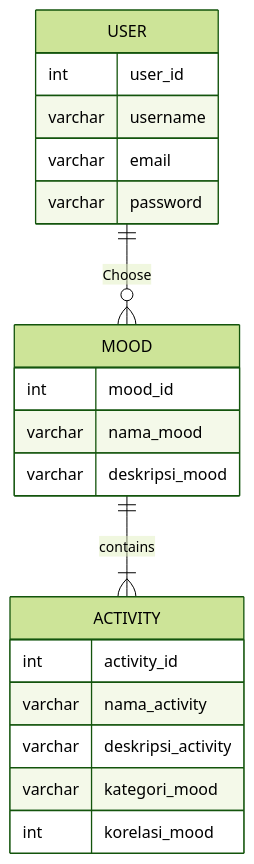
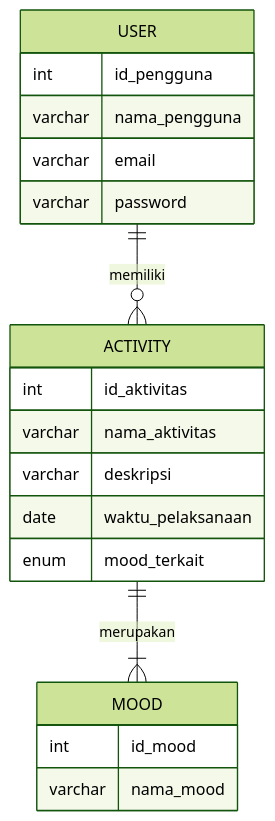
One commit to WigunaIlham/Pengenalan-Informatika changed the first of 2 diagrams in TimeVibe's.md. Above: the diagram before and after it, drawn with Mermaid (forest theme). The commit also changed other lines of this file, not shown here.

````diff
--- a/TimeVibe's.md
+++ b/TimeVibe's.md
@@ -70,24 +165,24 @@
 ```mermaid
-    erDiagram
-        USER ||--o{ MOOD : Choose
-        USER {
-        int user_id
-        varchar username
+   erDiagram
+    USER ||--o{ ACTIVITY : memiliki
+    USER {
+        int id_pengguna
+        varchar nama_pengguna
         varchar email
         varchar password
+    }
+    ACTIVITY ||--|{ MOOD : merupakan
+    ACTIVITY {
+        int id_aktivitas
+        varchar nama_aktivitas
+        varchar deskripsi
+        date waktu_pelaksanaan
+        enum mood_terkait
 
-        }
-        MOOD ||--|{ ACTIVITY : contains
-        MOOD {
-            int mood_id
-            varchar nama_mood
-            varchar deskripsi_mood
-        }
-        ACTIVITY {
-            int activity_id
-            varchar nama_activity
-            varchar deskripsi_activity
-            varchar kategori_mood
-            int korelasi_mood
-        }
+    }
+    MOOD {
+        int id_mood
+        varchar nama_mood
+    }
+
 ```
````
